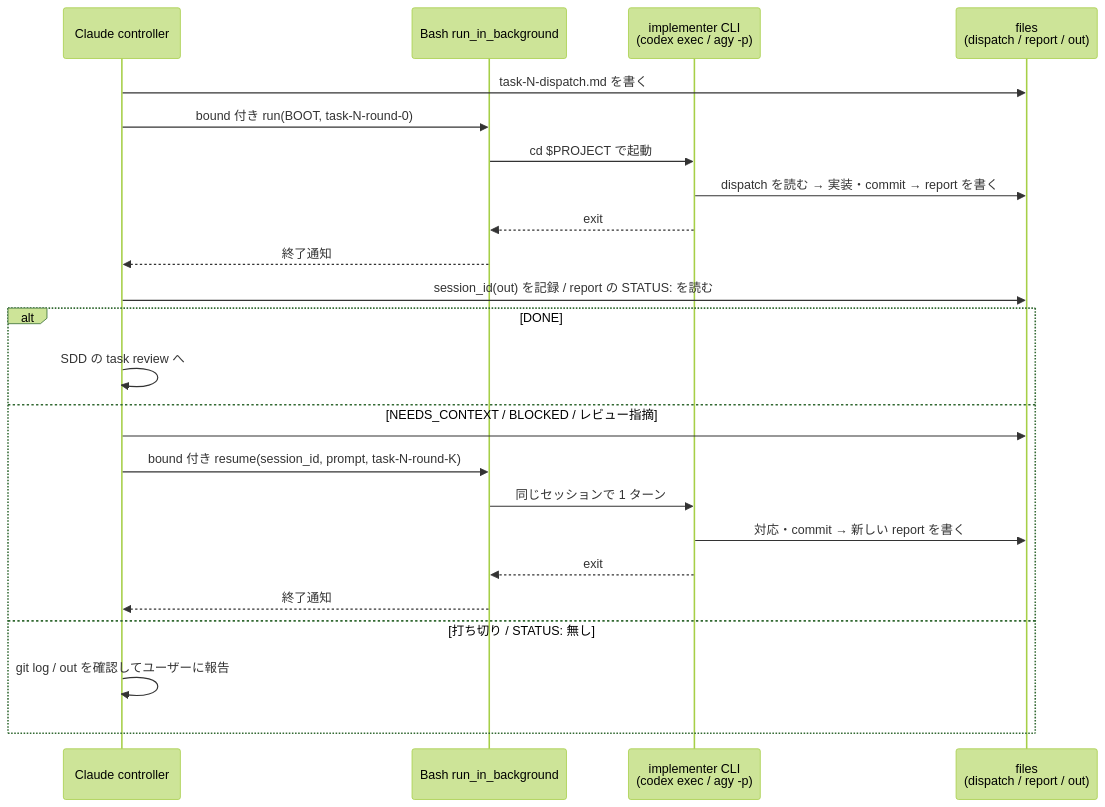
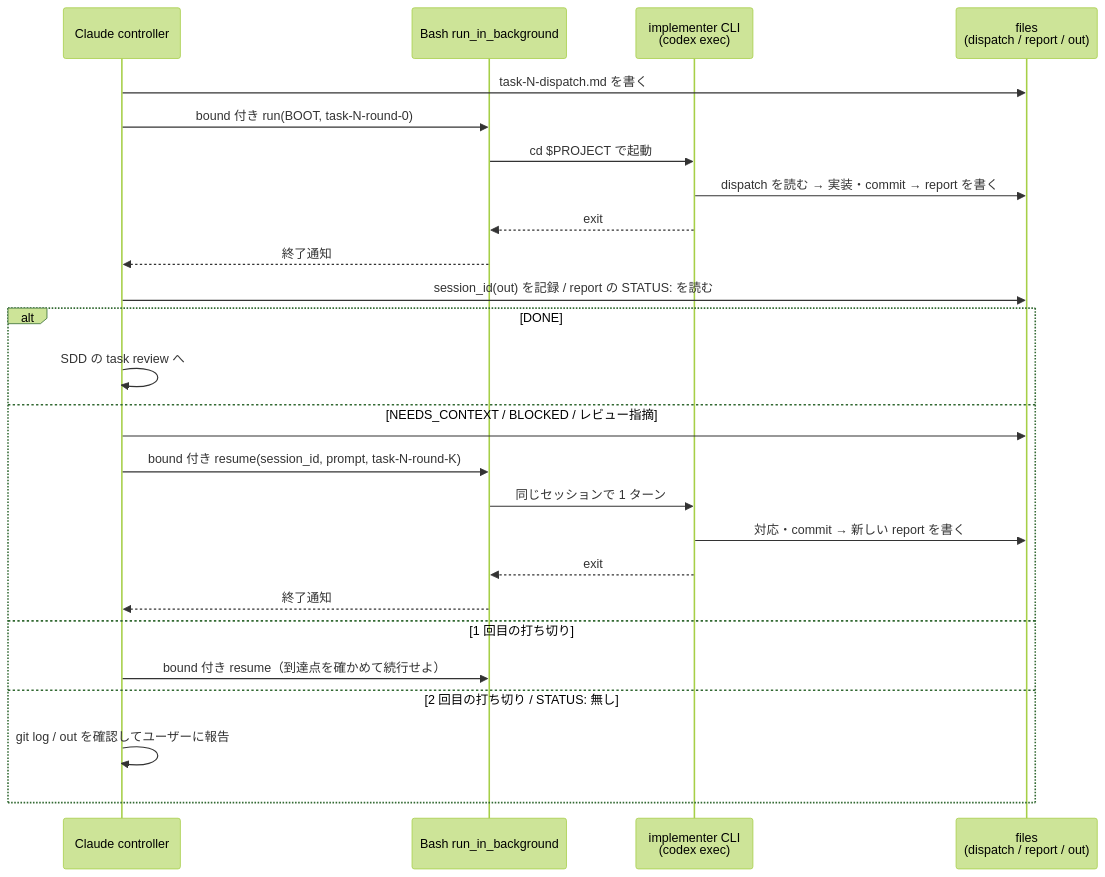
The second of 2 diagrams in docs/superpowers/specs/2026-11-20-delegated-development-design.md (panicboat/dotfiles), drawn with Mermaid (forest theme) before and after one commit. The commit also changed other lines of this file, not shown here.

Commit message:
docs(skills): scope delegated-development adapters to codex

````diff
--- a/docs/superpowers/specs/2026-11-20-delegated-development-design.md
+++ b/docs/superpowers/specs/2026-11-20-delegated-development-design.md
@@ -121,27 +102,29 @@
 ```mermaid
 sequenceDiagram
   participant C as Claude controller
   participant H as Bash run_in_background
-  participant I as implementer CLI<br/>(codex exec / agy -p)
+  participant I as implementer CLI<br/>(codex exec)
   participant F as files<br/>(dispatch / report / out)
 
   C->>F: task-N-dispatch.md を書く
   C->>H: bound 付き run(BOOT, task-N-round-0)
   H->>I: cd $PROJECT で起動
   I->>F: dispatch を読む → 実装・commit → report を書く
   I-->>H: exit
   H-->>C: 終了通知
   C->>F: session_id(out) を記録 / report の STATUS: を読む
   alt DONE
     C->>C: SDD の task review へ
   else NEEDS_CONTEXT / BLOCKED / レビュー指摘
     C->>F: ## Redispatch K を追記し、report を round-(K-1) に rename
     C->>H: bound 付き resume(session_id, prompt, task-N-round-K)
     H->>I: 同じセッションで 1 ターン
     I->>F: 対応・commit → 新しい report を書く
     I-->>H: exit
     H-->>C: 終了通知
-  else 打ち切り / STATUS: 無し
+  else 1 回目の打ち切り
+    C->>H: bound 付き resume（到達点を確かめて続行せよ）
+  else 2 回目の打ち切り / STATUS: 無し
     C->>C: git log / out を確認してユーザーに報告
   end
 ```
````
